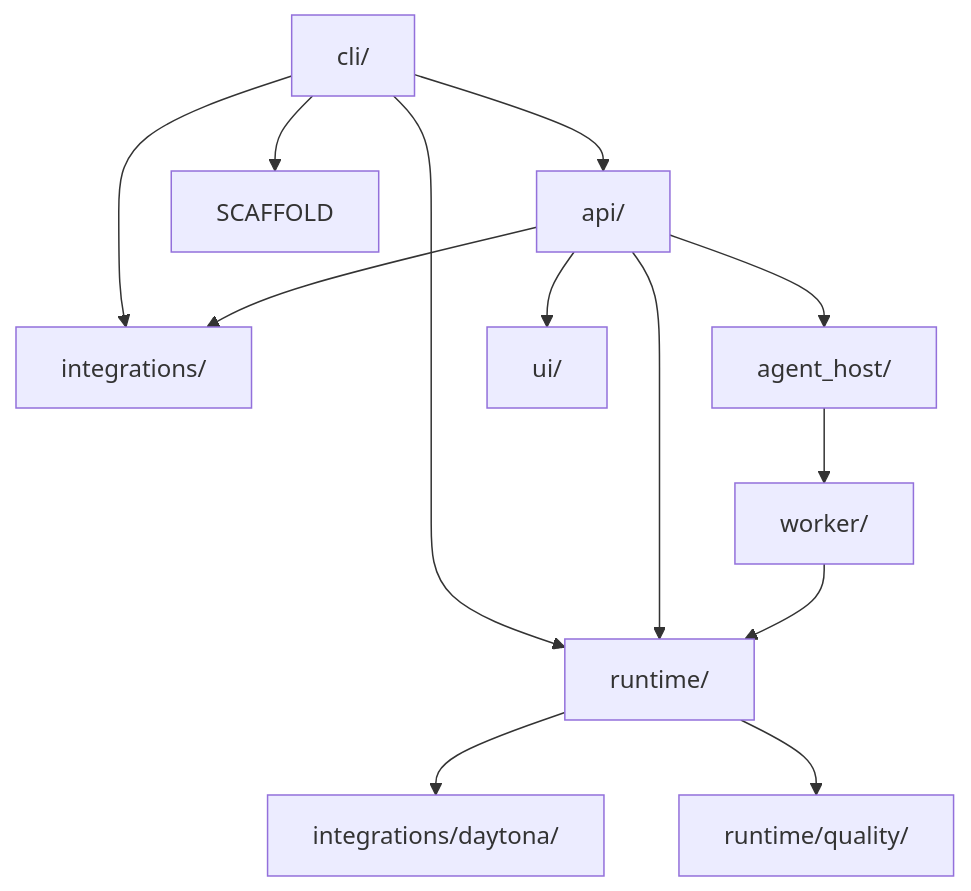
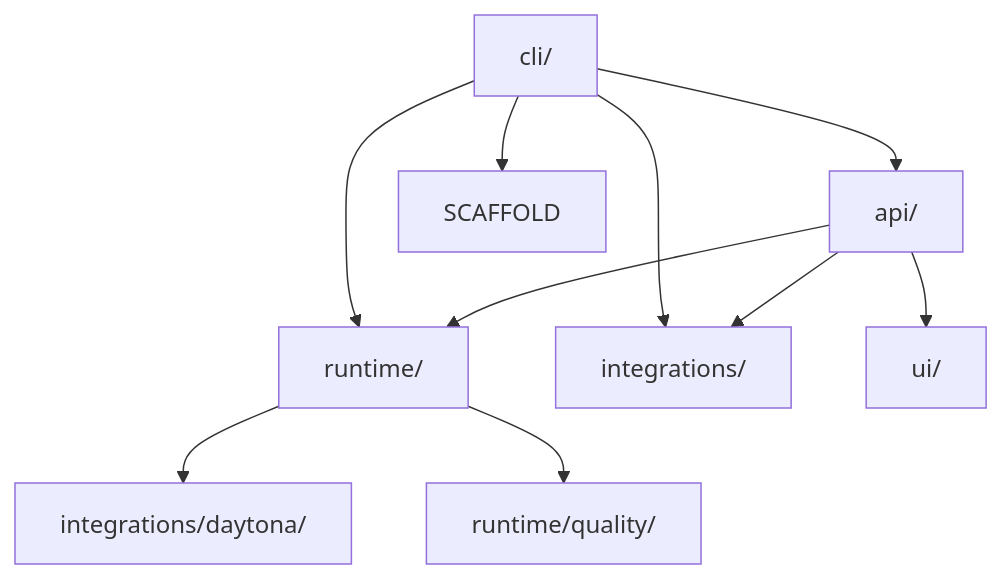
One commit to Qredence/fleet-rlm changed the diagram in docs/reference/codebase-map.md. Above: the diagram before and after it, drawn with Mermaid. The commit also changed other lines of this file and 8 other files, not shown here.

````diff
--- a/docs/reference/codebase-map.md
+++ b/docs/reference/codebase-map.md
@@ -21,17 +19,14 @@
 ```mermaid
 graph TB
     CLI["cli/"] --> API
     CLI --> RUNTIME
     CLI --> INTEGRATIONS
     CLI --> SCAFFOLD
 
-    API["api/"] --> HOST["agent_host/"]
-    API --> RUNTIME["runtime/"]
+    API["api/"] --> RUNTIME["runtime/"]
     API --> INTEGRATIONS["integrations/"]
     API --> UI["ui/"]
 
-    HOST --> WORKER["worker/"]
-    WORKER --> RUNTIME
     RUNTIME --> DAYTONA["integrations/daytona/"]
     RUNTIME --> QUALITY["runtime/quality/"]
 ```
````
